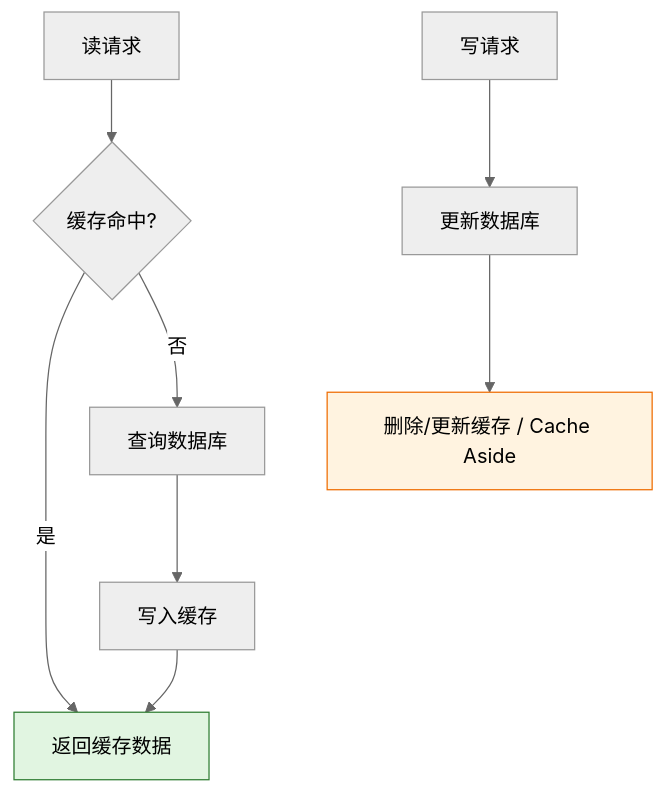
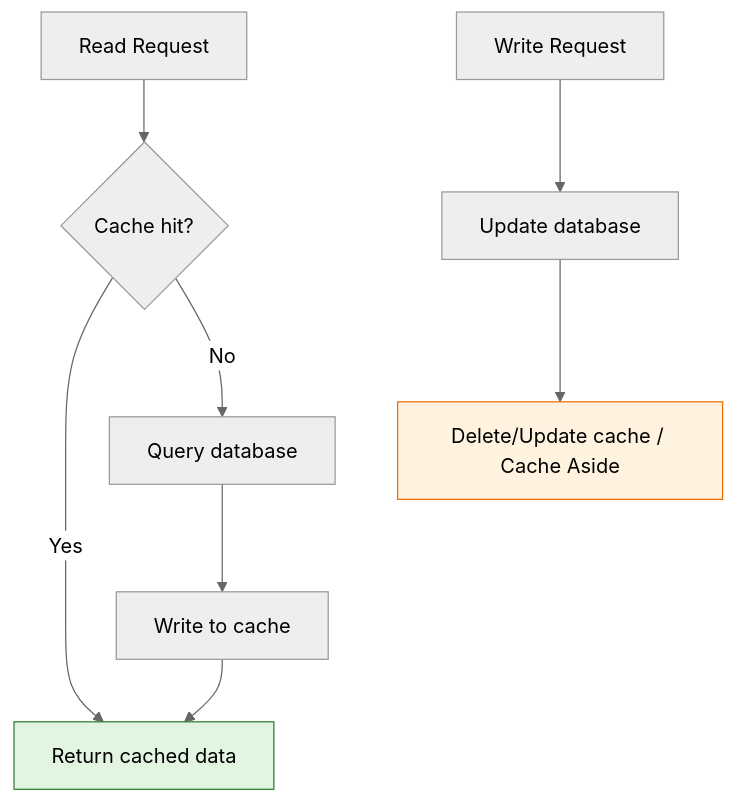
One commit to Kirky-X/cangjie changed diagram 14 of 15 in templates/产品/技术层/【模板】架构设计文档.md. Above: the diagram before and after it, drawn with Mermaid (neutral theme). The commit also changed other lines of this file and 60 other files, not shown here.

````diff
--- a/templates/产品/技术层/【模板】架构设计文档.md
+++ b/templates/产品/技术层/【模板】架构设计文档.md
@@ -646,13 +646,13 @@
 ```mermaid
 flowchart TD
-    A[读请求] --> B{缓存命中?}
-    B -->|是| C[返回缓存数据]
-    B -->|否| D[查询数据库]
-    D --> E[写入缓存]
+    A[Read Request] --> B{Cache hit?}
+    B -->|Yes| C[Return cached data]
+    B -->|No| D[Query database]
+    D --> E[Write to cache]
     E --> C
-    F[写请求] --> G[更新数据库]
-    G --> H[删除/更新缓存 / Cache Aside]
+    F[Write Request] --> G[Update database]
+    G --> H[Delete/Update cache / Cache Aside]
 
     style C fill:#e1f5e1,stroke:#2e7d32
     style H fill:#fff3e0,stroke:#ef6c00
 ```
````
